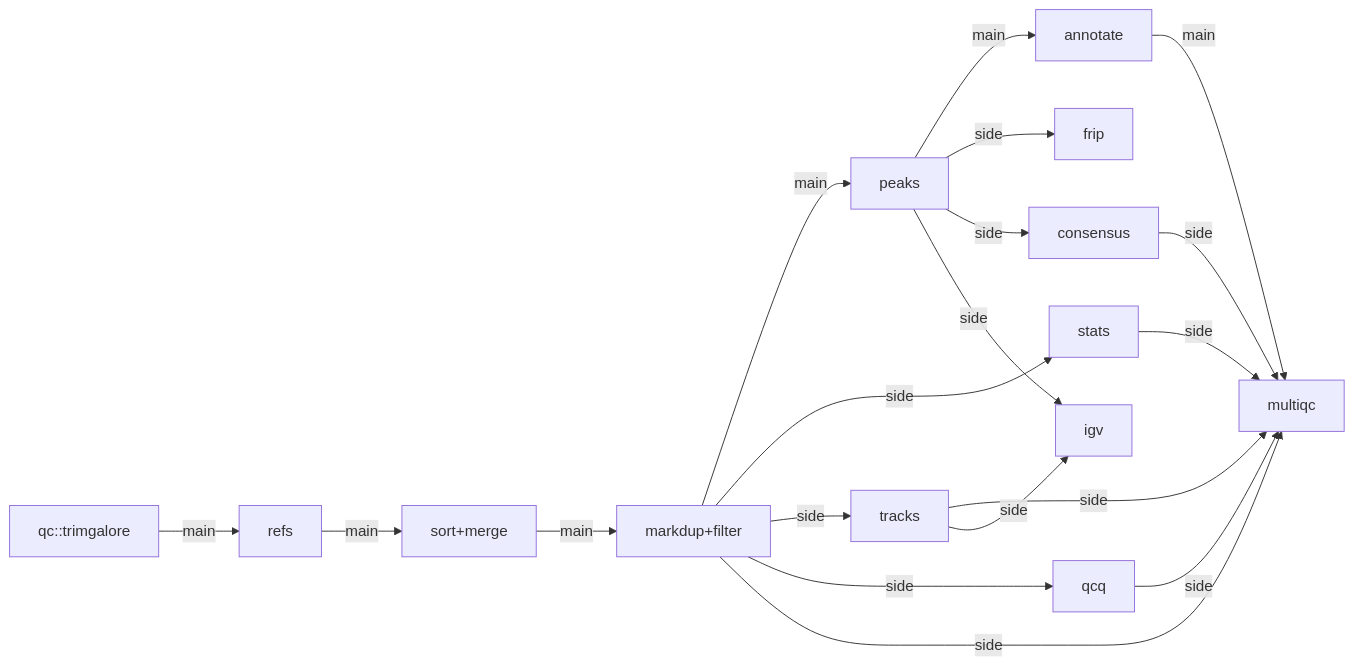
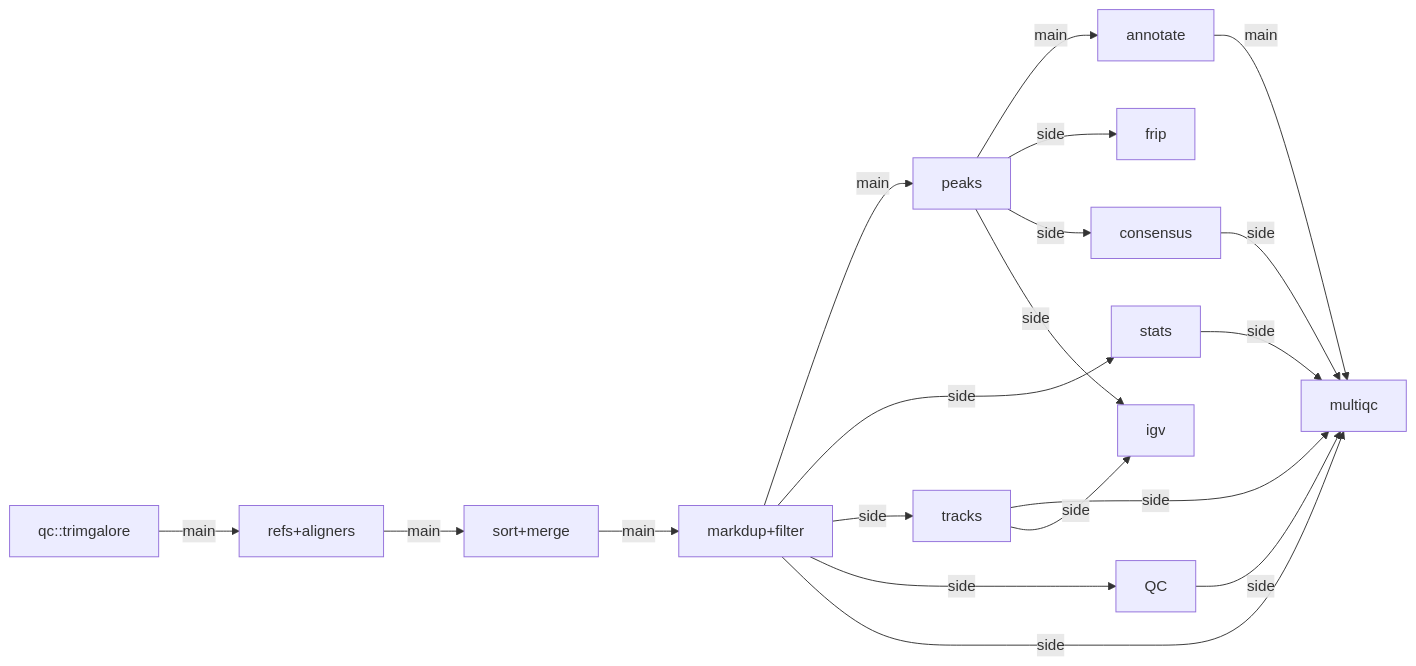
The diagram in scripts/semantic_maps/oxo-flow-chipseq.mmd (oxo-flow-community/oxo-flow-community.github.io), drawn with Mermaid before and after one commit. The commit also changed 46 other files, not shown here.

```diff
--- a/scripts/semantic_maps/oxo-flow-chipseq.mmd
+++ b/scripts/semantic_maps/oxo-flow-chipseq.mmd
@@ -1,25 +1,25 @@
 %%metro line: main | Main pipeline | #79706E
 %%metro line: side | Assist routes | #E8A33D
 %%metro font_scale: 1.9
 %%metro stroke_scale: 1.6
 %%metro legend: br
 
 graph LR
-    qc::trimgalore -->|main| refs
-    refs -->|main| sort+merge
+    qc::trimgalore -->|main| refs+aligners
+    refs+aligners -->|main| sort+merge
     sort+merge -->|main| markdup+filter
     markdup+filter -->|main| peaks
     peaks -->|main| annotate
     annotate -->|main| multiqc
     markdup+filter -->|side| stats
     stats -->|side| multiqc
     markdup+filter -->|side| tracks
     tracks -->|side| multiqc
     peaks -->|side| frip
     peaks -->|side| consensus
     consensus -->|side| multiqc
-    markdup+filter -->|side| qcq
-    qcq -->|side| multiqc
+    markdup+filter -->|side| QC
+    QC -->|side| multiqc
     peaks -->|side| igv
     tracks -->|side| igv
     markdup+filter -->|side| multiqc
```
